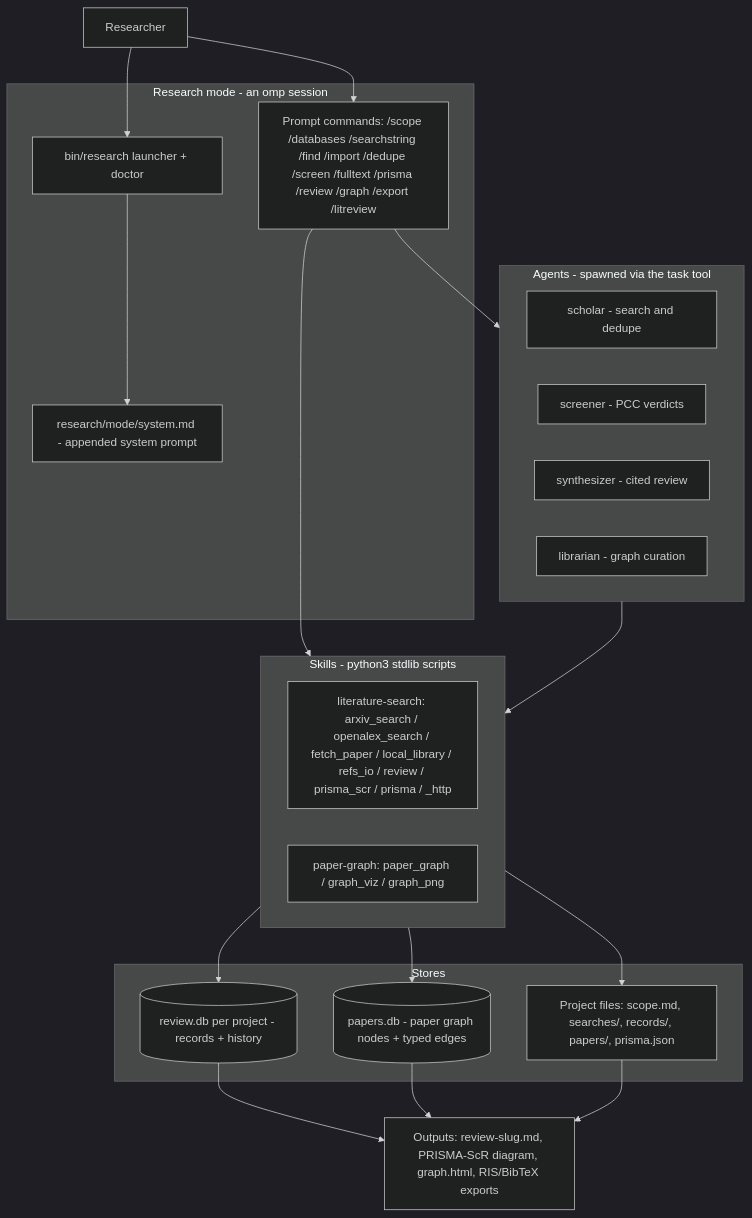
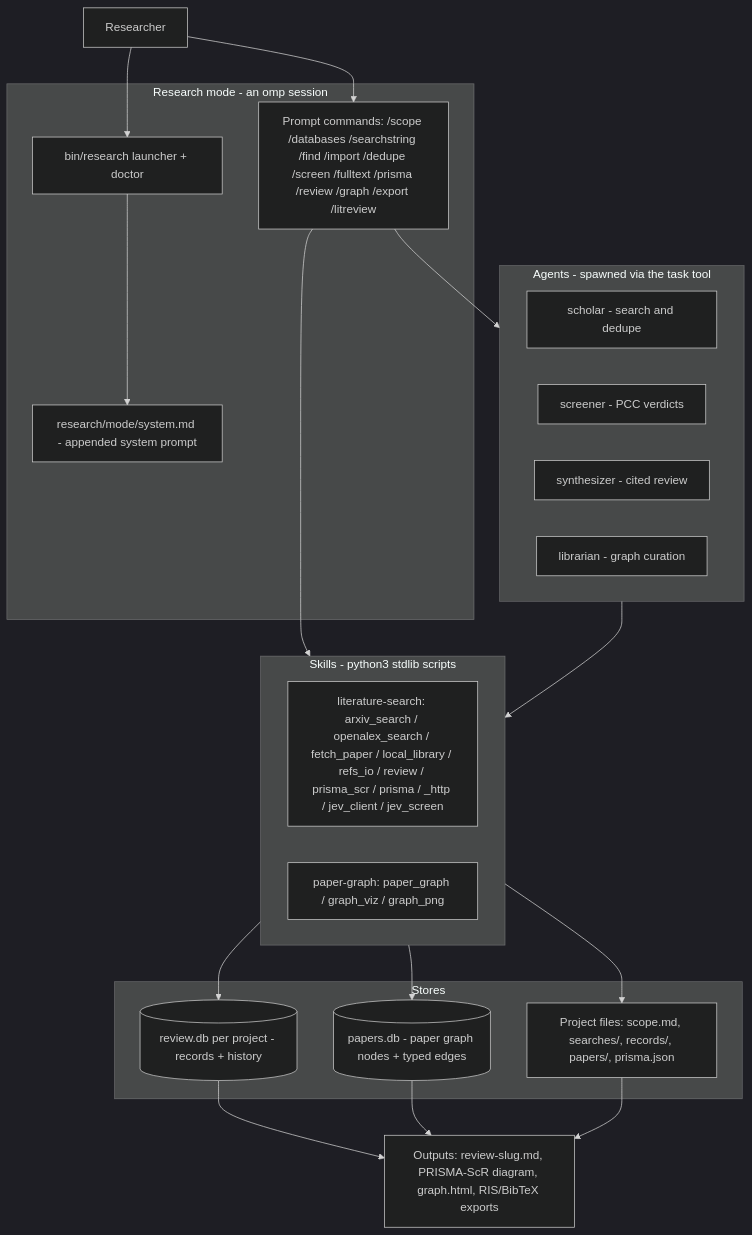
One commit to LaansDole/research-harness changed the diagram in README.md. Above: the diagram before and after it, drawn with Mermaid (dark theme). The commit also changed other lines of this file and 5 other files, not shown here.

````diff
--- a/README.md
+++ b/README.md
@@ -90,43 +92,43 @@
 ```mermaid
 flowchart TB
     user["Researcher"]
 
     subgraph modeLayer["Research mode - an omp session"]
         launcher["bin/research launcher + doctor"]
         system["research/mode/system.md - appended system prompt"]
         commands["Prompt commands: /scope /databases /searchstring /find /import /dedupe /screen /fulltext /prisma /review /graph /export /litreview"]
     end
 
     subgraph agentLayer["Agents - spawned via the task tool"]
         scholar["scholar - search and dedupe"]
         screener["screener - PCC verdicts"]
         synthesizer["synthesizer - cited review"]
         librarian["librarian - graph curation"]
     end
 
     subgraph skillLayer["Skills - python3 stdlib scripts"]
-        lit["literature-search: arxiv_search / openalex_search / fetch_paper / local_library / refs_io / review / prisma_scr / prisma / _http"]
+        lit["literature-search: arxiv_search / openalex_search / fetch_paper / local_library / refs_io / review / prisma_scr / prisma / _http / jev_client / jev_screen"]
         pg["paper-graph: paper_graph / graph_viz / graph_png"]
     end
 
     subgraph storeLayer["Stores"]
         reviewdb[("review.db per project - records + history")]
         papersdb[("papers.db - paper graph nodes + typed edges")]
         files["Project files: scope.md, searches/, records/, papers/, prisma.json"]
     end
 
     outputs["Outputs: review-slug.md, PRISMA-ScR diagram, graph.html, RIS/BibTeX exports"]
 
     user --> launcher
     launcher --> system
     user --> commands
     commands --> agentLayer
     commands --> skillLayer
     agentLayer --> skillLayer
     skillLayer --> reviewdb
     skillLayer --> papersdb
     skillLayer --> files
     reviewdb --> outputs
     papersdb --> outputs
     files --> outputs
 ```
````
